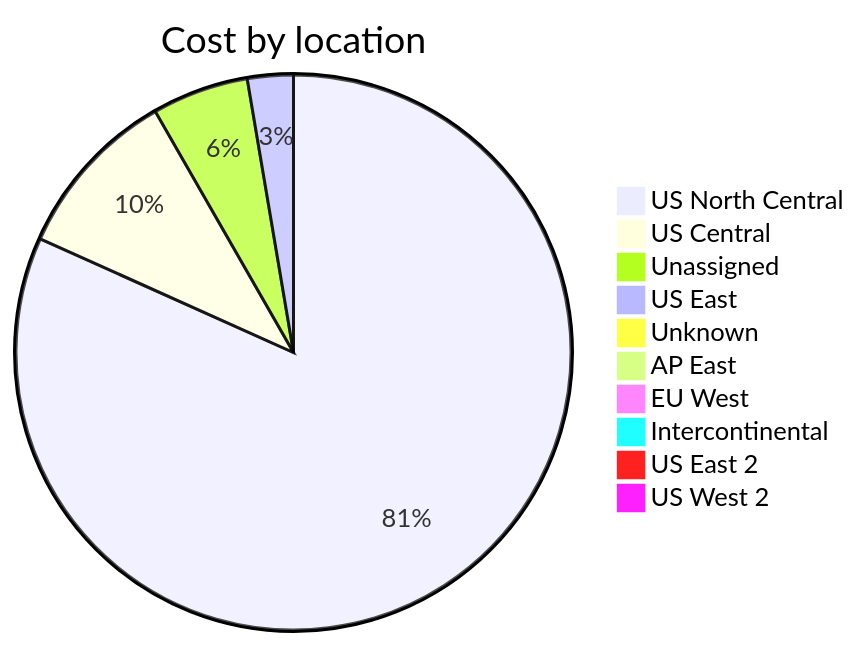
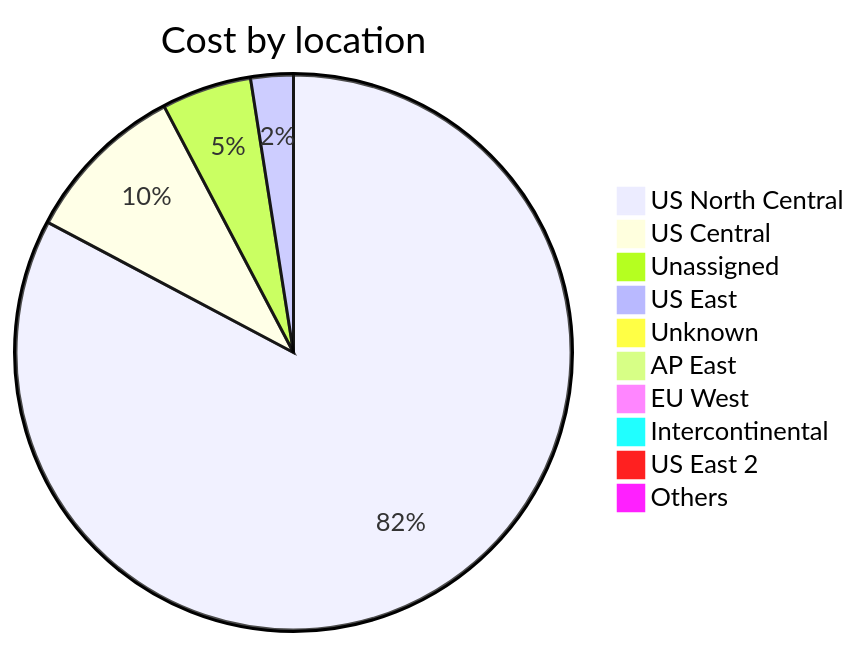
One commit to jpfulton/azure-personal-reports changed the third of 4 diagrams in cost-reports/accumulated-cost.md. Above: the diagram before and after it, drawn with Mermaid. The commit also changed other lines of this file and 4 other files, not shown here.

````diff
--- a/cost-reports/accumulated-cost.md
+++ b/cost-reports/accumulated-cost.md
@@ -132,14 +132,14 @@
 ```mermaid
 pie
    title Cost by location
-   "US North Central" : 170.37
-   "US Central" : 20.86
-   "Unassigned" : 11.71
-   "US East" : 5.56
-   "Unknown" : 0.83
+   "US North Central" : 186.01
+   "US Central" : 21.45
+   "Unassigned" : 11.74
+   "US East" : 5.57
+   "Unknown" : 0.87
    "AP East" : 0.00
    "EU West" : 0.00
    "Intercontinental" : 0.00
    "US East 2" : 0.00
-   "US West 2" : 0.00
+   "Others" : 0.00
 ```
````
